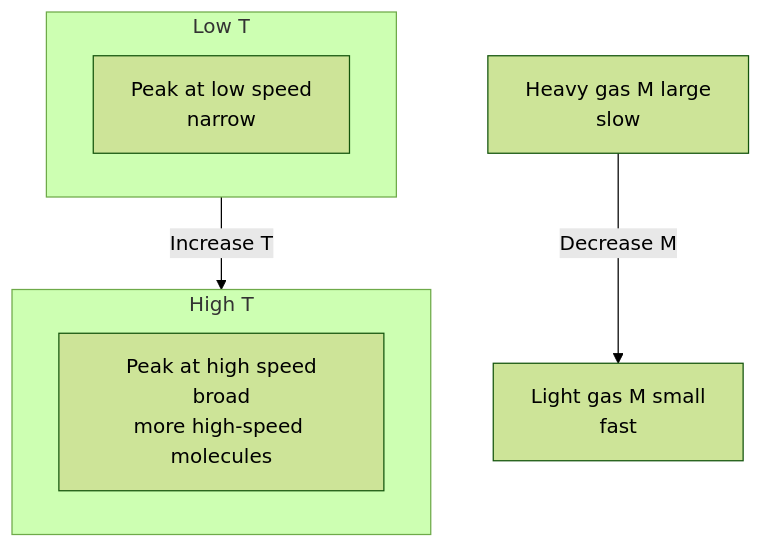
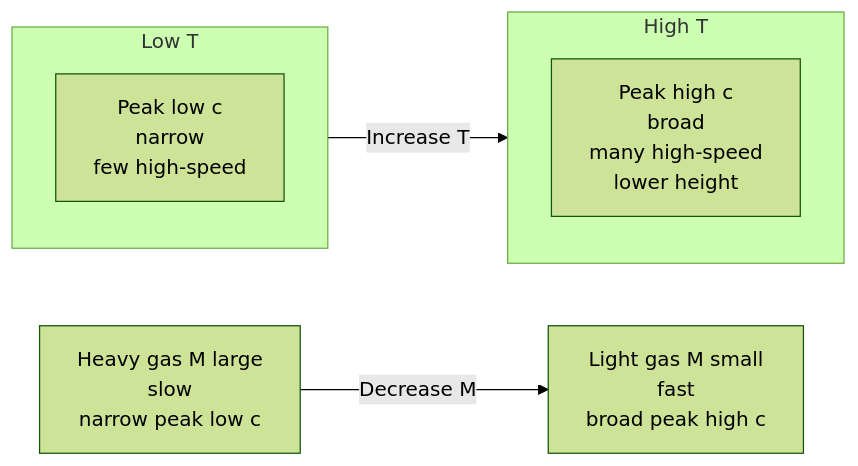
The fourth of 6 diagrams in Physical-Chemistry/06-States-of-Matter/notes.md (SurajGupta2009/Chem_JEEAd_notes), drawn with Mermaid (forest theme) before and after one commit. The commit also changed other lines of this file, not shown here.

Commit message:
Enhance Physical Chemistry 06 - States of Matter to full JEE Advanced - 659 lines 15500w 6 Mermaid 82 ce

````diff
--- a/Physical-Chemistry/06-States-of-Matter/notes.md
+++ b/Physical-Chemistry/06-States-of-Matter/notes.md
@@ -242,11 +337,11 @@
 ```mermaid
-flowchart TB
+flowchart LR
     subgraph LowT[Low T]
-        L1[Peak at low speed<br>narrow]
+        L1[Peak low c<br>narrow<br>few high-speed]
     end
     subgraph HighT[High T]
-        H1[Peak at high speed<br>broad<br>more high-speed molecules]
+        H1[Peak high c<br>broad<br>many high-speed<br>lower height]
     end
     LowT -->|Increase T| HighT
-    Heavy[Heavy gas M large<br>slow] -->|Decrease M| Light[Light gas M small<br>fast]
+    Heavy[Heavy gas M large<br>slow<br>narrow peak low c] -->|Decrease M| Light[Light gas M small<br>fast<br>broad peak high c]
 ```
````
